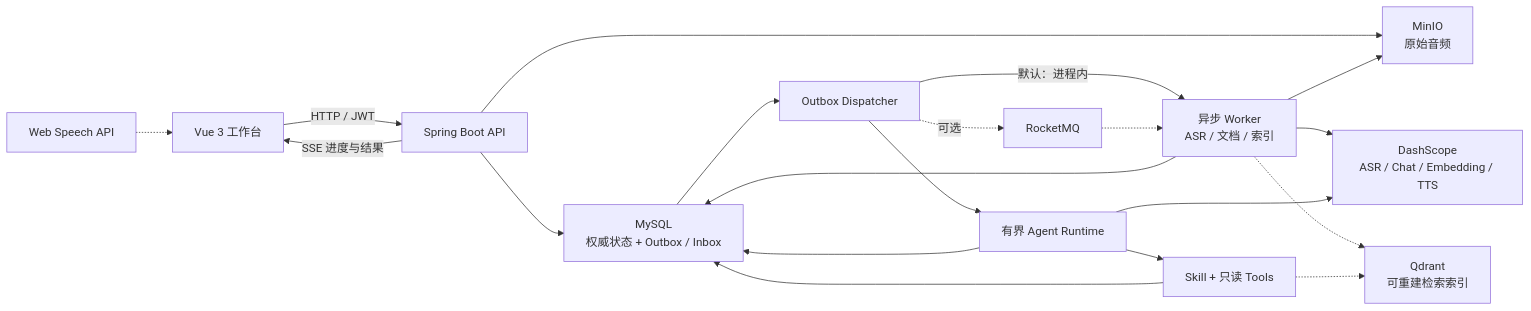
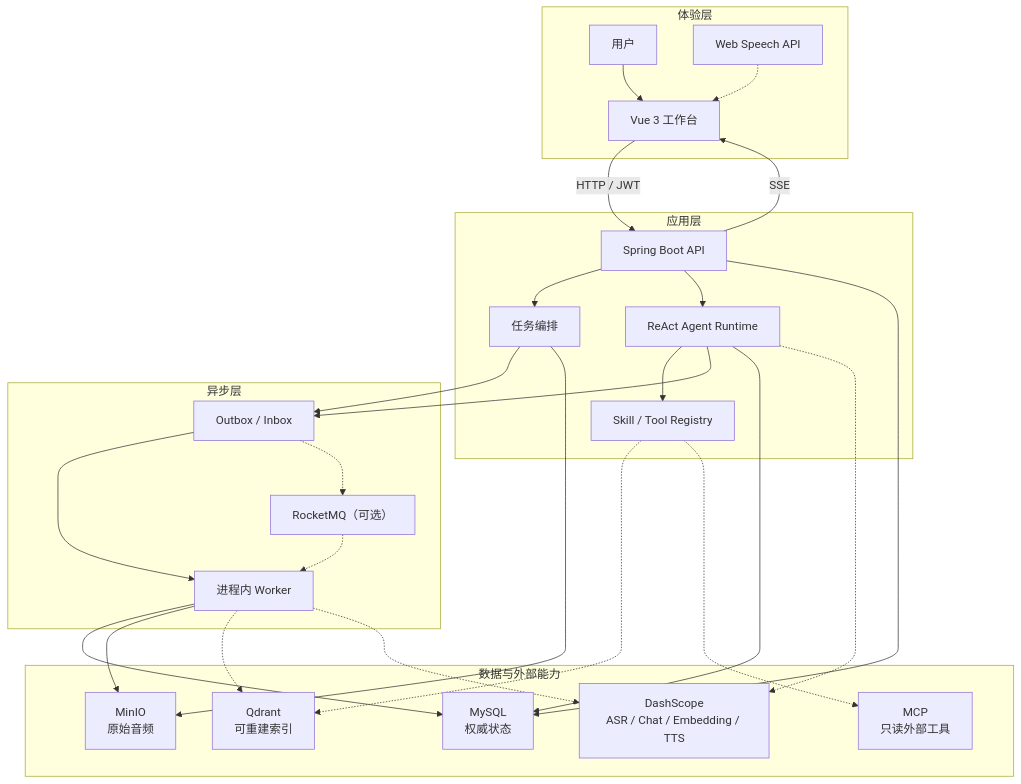
One commit to normalform3/voice-note changed the diagram in README.md. Above: the diagram before and after it, drawn with Mermaid. The commit also changed other lines of this file, not shown here.

````diff
--- a/README.md
+++ b/README.md
@@ -15,26 +174,49 @@
 ```mermaid
-flowchart LR
-    Speech["Web Speech API"] -.-> Browser["Vue 3 工作台"]
-    Browser -->|"HTTP / JWT"| Api["Spring Boot API"]
-    Api -->|"SSE 进度与结果"| Browser
+flowchart TB
+    subgraph Experience["体验层"]
+        User["用户"] --> Web["Vue 3 工作台"]
+        Speech["Web Speech API"] -.-> Web
+    end
 
-    Api --> Mysql["MySQL<br/>权威状态 + Outbox / Inbox"]
-    Api --> Minio["MinIO<br/>原始音频"]
-    Mysql --> Dispatcher["Outbox Dispatcher"]
+    subgraph Application["应用层"]
+        Api["Spring Boot API"]
+        Pipeline["任务编排"]
+        Agent["ReAct Agent Runtime"]
+        Registry["Skill / Tool Registry"]
+        Api --> Pipeline
+        Api --> Agent
+        Agent --> Registry
+    end
 
-    Dispatcher -->|"默认：进程内"| Workers["异步 Worker<br/>ASR / 文档 / 索引"]
-    Dispatcher -.->|"可选"| RocketMQ["RocketMQ"]
-    RocketMQ -.-> Workers
-    Dispatcher --> Agent["有界 Agent Runtime"]
+    subgraph Async["异步层"]
+        Events["Outbox / Inbox"]
+        Workers["进程内 Worker"]
+        RocketMQ["RocketMQ（可选）"]
+        Events --> Workers
+        Events -.-> RocketMQ
+        RocketMQ -.-> Workers
+    end
 
-    Workers --> Mysql
-    Workers --> Minio
-    Workers --> Models["DashScope<br/>ASR / Chat / Embedding / TTS"]
-    Workers -.-> Qdrant["Qdrant<br/>可重建检索索引"]
+    subgraph Data["数据与外部能力"]
+        MySQL["MySQL<br/>权威状态"]
+        MinIO["MinIO<br/>原始音频"]
+        Qdrant["Qdrant<br/>可重建索引"]
+        Models["DashScope<br/>ASR / Chat / Embedding / TTS"]
+        MCP["MCP<br/>只读外部工具"]
+    end
 
-    Agent --> Models
-    Agent --> Tools["Skill + 只读 Tools"]
-    Tools --> Mysql
-    Tools -.-> Qdrant
-    Agent --> Mysql
+    Web -->|"HTTP / JWT"| Api
+    Api -->|"SSE"| Web
+    Pipeline --> Events
+    Agent --> Events
+    Api --> MySQL
+    Pipeline --> MinIO
+    Workers --> MySQL
+    Workers --> MinIO
+    Workers -.-> Qdrant
+    Workers -.-> Models
+    Agent --> MySQL
+    Agent -.-> Models
+    Registry -.-> Qdrant
+    Registry -.-> MCP
 ```
````
